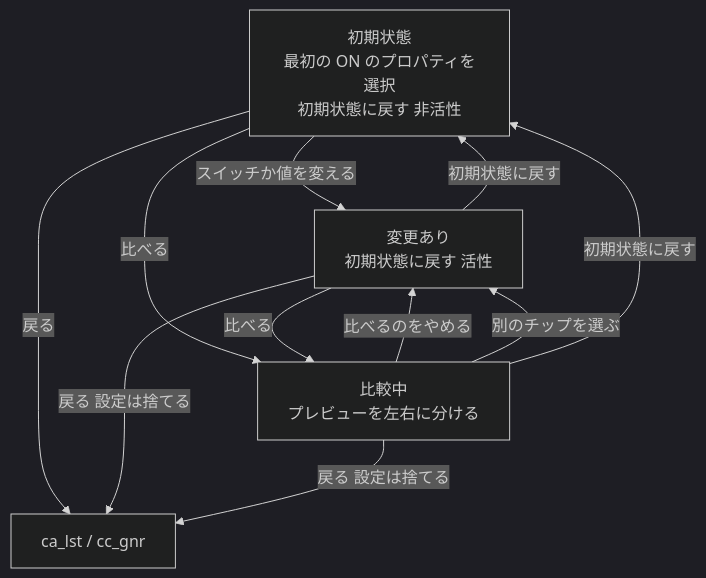
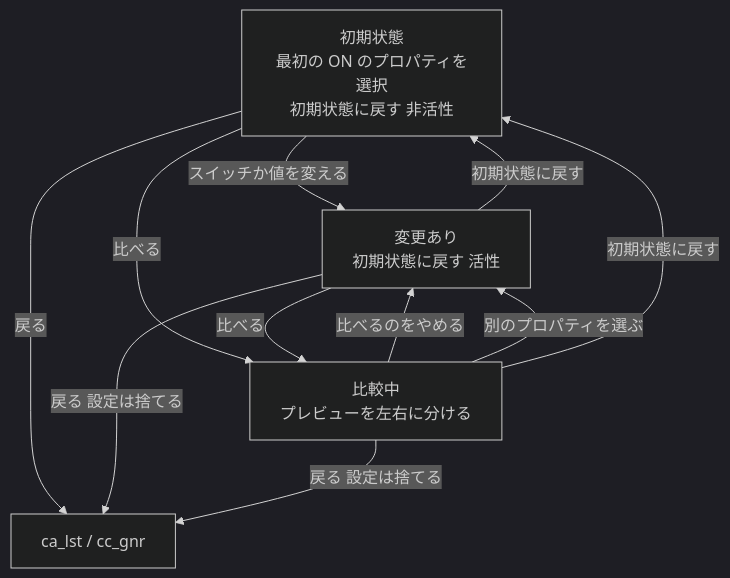
Before and after one commit to masa-futa/widget-lab: the second of 2 diagrams in docs/design/screens/cb_dtl_詳細画面.md, drawn with Mermaid (dark theme). The commit also changed other lines of this file and 3 other files, not shown here.

````diff
--- a/docs/design/screens/cb_dtl_詳細画面.md
+++ b/docs/design/screens/cb_dtl_詳細画面.md
@@ -101,17 +102,17 @@
 ```mermaid
 flowchart TB
     initial["初期状態<br/>最初の ON のプロパティを選択<br/>初期状態に戻す 非活性"]
     modified["変更あり<br/>初期状態に戻す 活性"]
     comparing["比較中<br/>プレビューを左右に分ける"]
     back["ca_lst / cc_gnr"]
     initial -- スイッチか値を変える --> modified
     initial -- 比べる --> comparing
     modified -- 比べる --> comparing
     comparing -- 比べるのをやめる --> modified
-    comparing -- 別のチップを選ぶ --> modified
+    comparing -- 別のプロパティを選ぶ --> modified
     modified -- 初期状態に戻す --> initial
     comparing -- 初期状態に戻す --> initial
     initial -- 戻る --> back
     modified -- 戻る 設定は捨てる --> back
     comparing -- 戻る 設定は捨てる --> back
 ```
````
